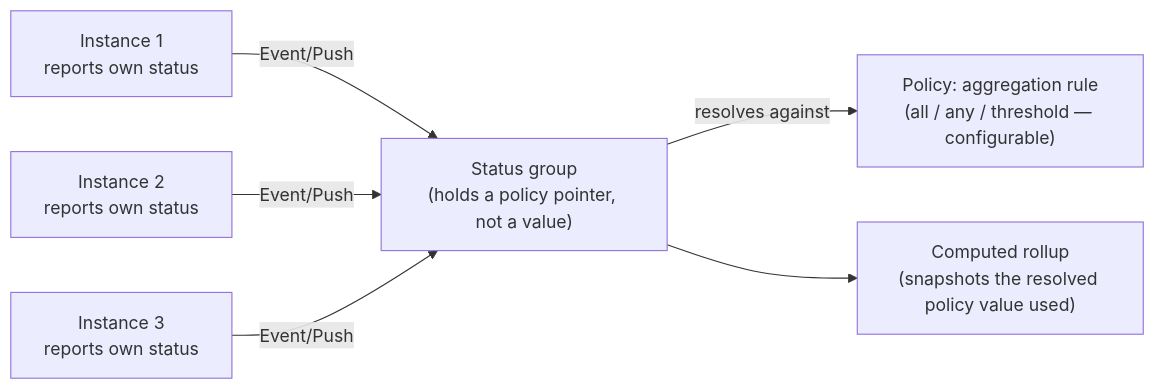
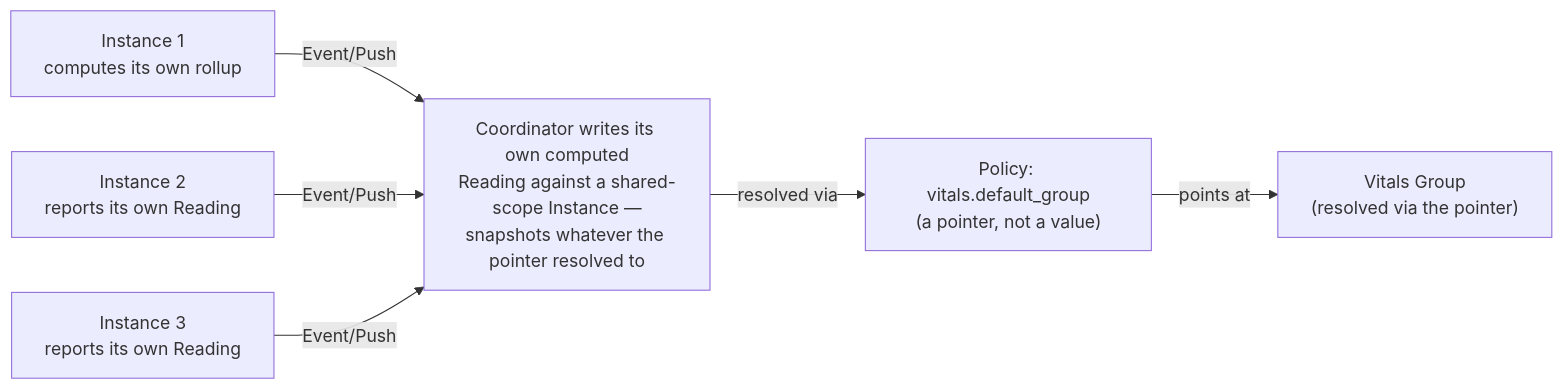
Before and after one commit to croge130/archipelago: the diagram in docs/architecture/03-multi-instance-and-suites.md, drawn with Mermaid. The commit also changed other lines of this file and 4 other files, not shown here.

````diff
--- a/docs/architecture/03-multi-instance-and-suites.md
+++ b/docs/architecture/03-multi-instance-and-suites.md
@@ -102,15 +114,15 @@
 ```mermaid
 flowchart LR
-    I1["Instance 1<br/>reports own status"]
-    I2["Instance 2<br/>reports own status"]
-    I3["Instance 3<br/>reports own status"]
-    GROUP["Status group<br/>(holds a policy pointer, not a value)"]
-    POL["Policy: aggregation rule<br/>(all / any / threshold — configurable)"]
-    ROLLUP["Computed rollup<br/>(snapshots the resolved policy value used)"]
+    I1["Instance 1<br/>computes its own rollup"]
+    I2["Instance 2<br/>reports its own Reading"]
+    I3["Instance 3<br/>reports its own Reading"]
+    POL["Policy: vitals.default_group<br/>(a pointer, not a value)"]
+    GROUP["Vitals Group<br/>(resolved via the pointer)"]
+    READING["Coordinator writes its own computed<br/>Reading against a shared-scope Instance —<br/>snapshots whatever the pointer resolved to"]
 
-    I1 -- "Event/Push" --> GROUP
-    I2 -- "Event/Push" --> GROUP
-    I3 -- "Event/Push" --> GROUP
-    GROUP -- "resolves against" --> POL
-    GROUP --> ROLLUP
+    I1 -- "Event/Push" --> READING
+    I2 -- "Event/Push" --> READING
+    I3 -- "Event/Push" --> READING
+    READING -- "resolved via" --> POL
+    POL -- "points at" --> GROUP
 ```
````
